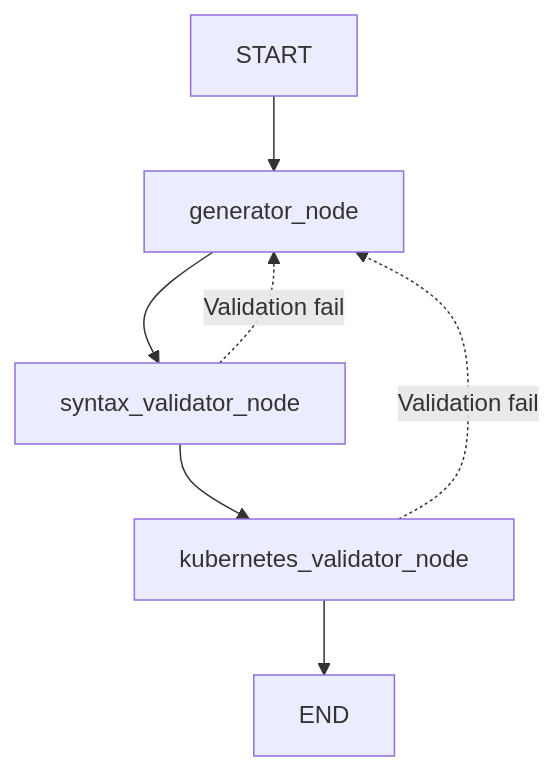
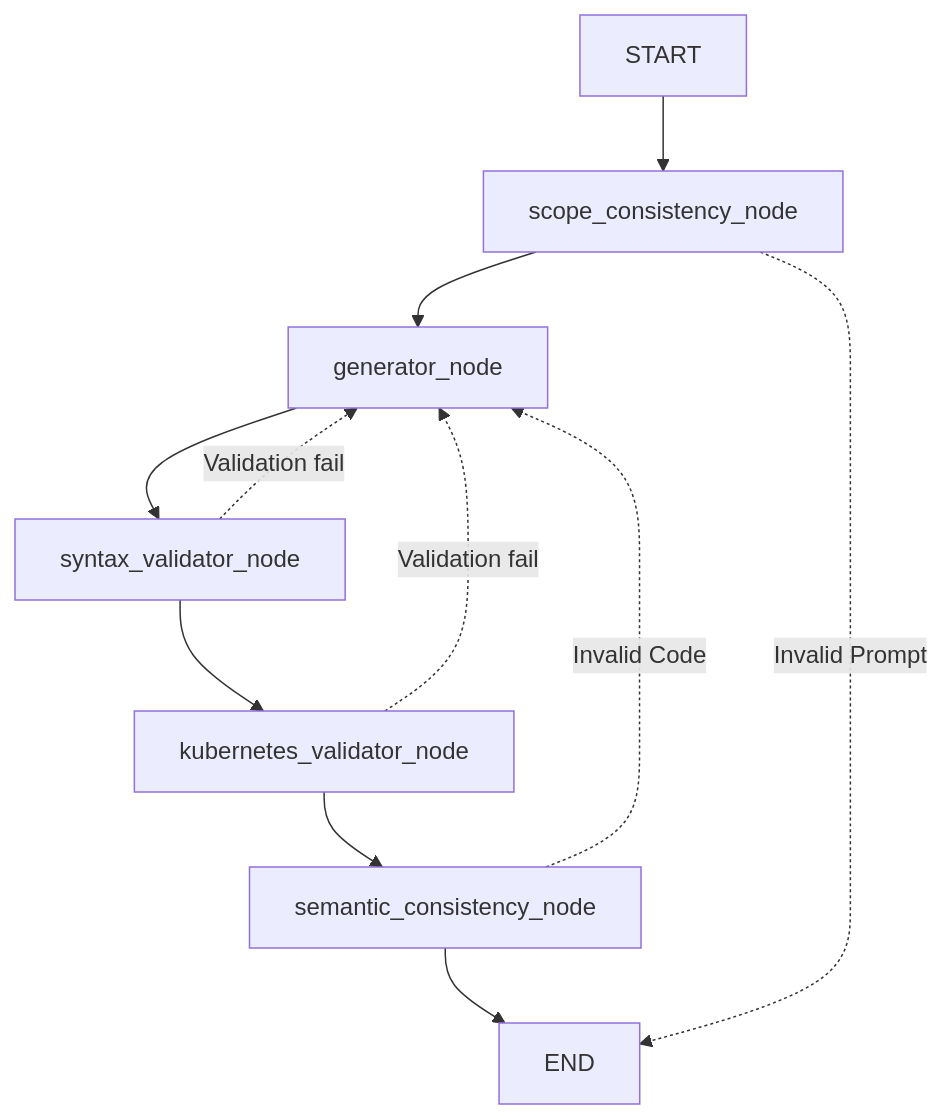
One commit to elisa0205/agent4net-intent changed the diagram in README.md. Above: the diagram before and after it, drawn with Mermaid. The commit also changed other lines of this file, not shown here.

````diff
--- a/README.md
+++ b/README.md
@@ -46,9 +50,14 @@
 ```mermaid
 flowchart TD
-		A[START] --> B[generator_node]
-		B --> C[syntax_validator_node]
-		C --> D[kubernetes_validator_node]
-		D --> E[END]
-		C -.->|Validation fail| B
-		D -.->|Validation fail| B
+		A[START] --> B[scope_consistency_node]
+		B--> C[generator_node]
+		C --> D[syntax_validator_node]
+		D --> E[kubernetes_validator_node]
+		E --> F[semantic_consistency_node]
+		F --> G[END]
+		D -.->|Validation fail| C
+		E -.->|Validation fail| C
+		F -.->|Invalid Code| C
+		B -.->|Invalid Prompt| G
+
 ```
````
